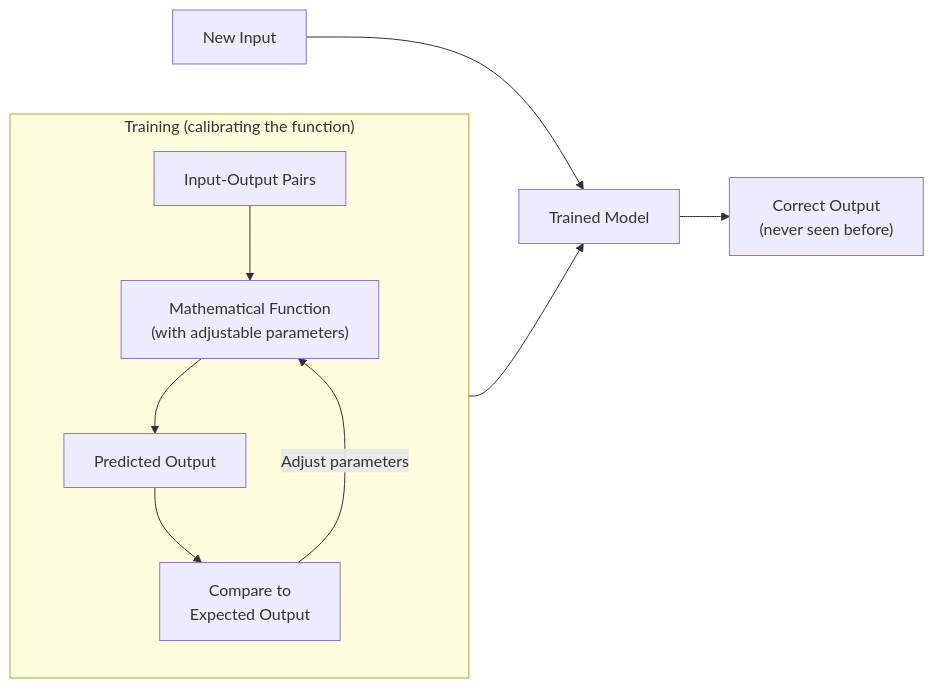
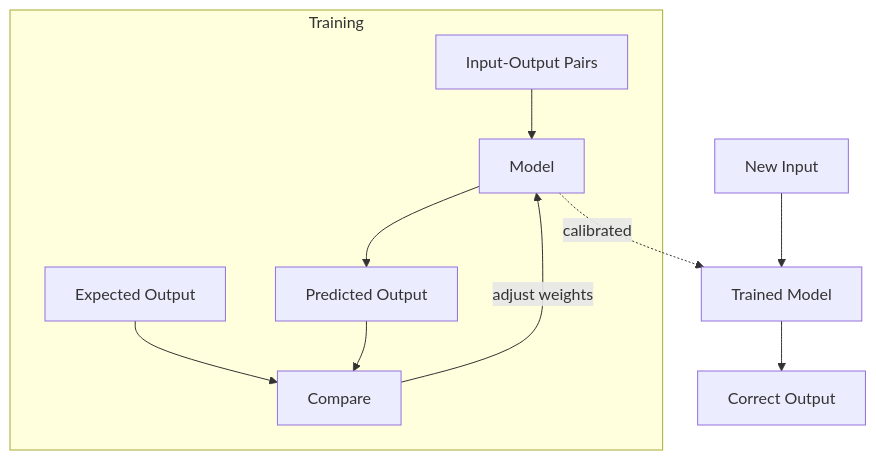
The diagram in diagrams/introduction-ml-overview.md (mni-ml/mni-ml.github.io), drawn with Mermaid before and after one commit. The commit also changed 2 other files, not shown here.

Commit message:
diagram fixes

````diff
--- a/diagrams/introduction-ml-overview.md
+++ b/diagrams/introduction-ml-overview.md
@@ -6,14 +6,14 @@
 ```mermaid
-graph LR
-    subgraph training ["Training (calibrating the function)"]
-        direction TB
-        Data["Input-Output Pairs"] --> Model["Mathematical Function<br/>(with adjustable parameters)"]
+graph TD
+    subgraph training ["Training"]
+        Data["Input-Output Pairs"] --> Model["Model"]
         Model --> Predicted["Predicted Output"]
-        Predicted --> Compare["Compare to<br/>Expected Output"]
-        Compare -->|"Adjust parameters"| Model
+        Expected["Expected Output"] --> Compare["Compare"]
+        Predicted --> Compare
+        Compare -->|"adjust weights"| Model
     end
 
-    training --> Trained["Trained Model"]
+    Model -.->|"calibrated"| Trained["Trained Model"]
     NewInput["New Input"] --> Trained
-    Trained --> NewOutput["Correct Output<br/>(never seen before)"]
+    Trained --> NewOutput["Correct Output"]
 ```
````
